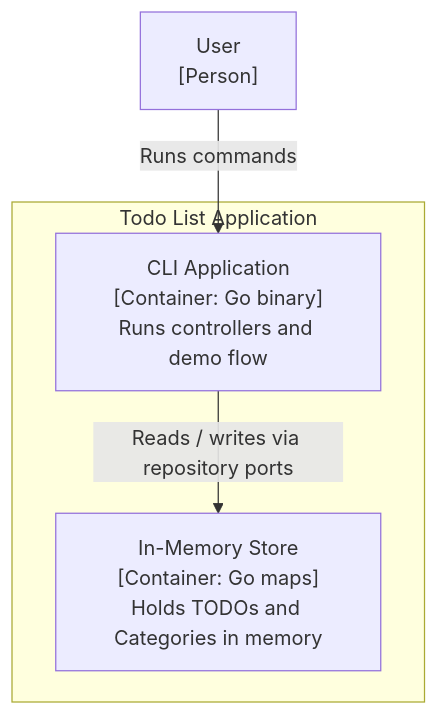
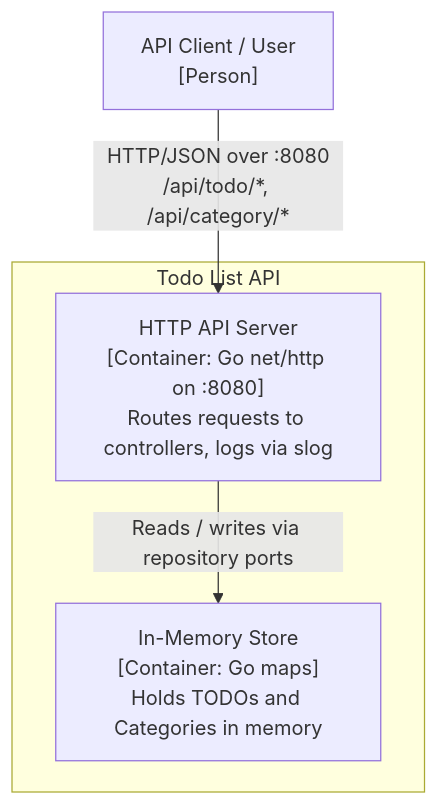
Before and after one commit to rahulkrishnanfs/todolist: the second of 3 diagrams in README.md, drawn with Mermaid. The commit also changed other lines of this file and 7 other files, not shown here.

````diff
--- a/README.md
+++ b/README.md
@@ -81,12 +112,12 @@
 ```mermaid
 flowchart TD
-    user["User<br/>[Person]"]
+    user["API Client / User<br/>[Person]"]
 
-    subgraph todoApp [Todo List Application]
-        cli["CLI Application<br/>[Container: Go binary]<br/>Runs controllers and demo flow"]
+    subgraph todoApp [Todo List API]
+        api["HTTP API Server<br/>[Container: Go net/http on :8080]<br/>Routes requests to controllers, logs via slog"]
         store["In-Memory Store<br/>[Container: Go maps]<br/>Holds TODOs and Categories in memory"]
     end
 
-    user -->|"Runs commands"| cli
-    cli -->|"Reads / writes via repository ports"| store
+    user -->|"HTTP/JSON over :8080<br/>/api/todo/*, /api/category/*"| api
+    api -->|"Reads / writes via repository ports"| store
 ```
````
